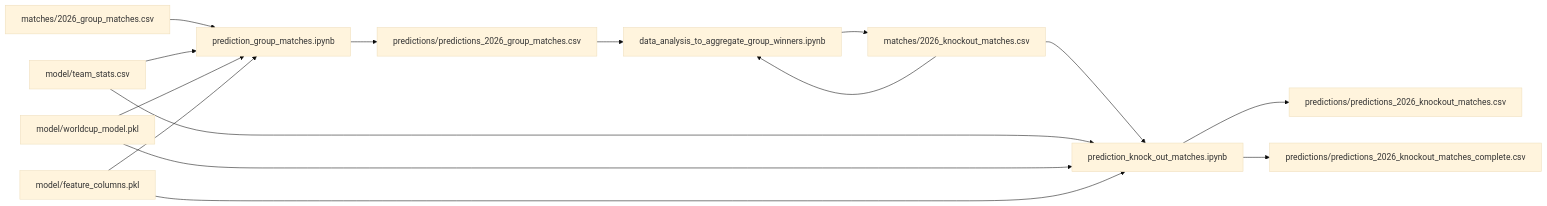
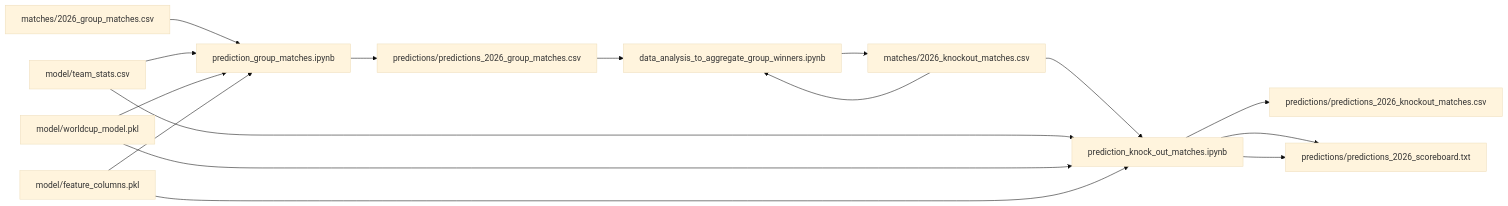
Before and after one commit to StephanieHhnbrg/worldcup_predictor: the sixth of 6 diagrams in README.md, drawn with Mermaid (base theme). The commit also changed other lines of this file and 2 other files, not shown here.

Commit message:
Outputs scoreboard as txt file since Github can not load notebook output

````diff
--- a/README.md
+++ b/README.md
@@ -181,19 +181,20 @@
 ```mermaid
 flowchart LR  
     A[matches/2026_group_matches.csv] --> E[prediction_group_matches.ipynb]
     B[model/team_stats.csv] --> E
     C[model/worldcup_model.pkl] --> E
     D[model/feature_columns.pkl] --> E
     E --> F[predictions/predictions_2026_group_matches.csv]
     
     F --> G[data_analysis_to_aggregate_group_winners.ipynb]
     H[matches/2026_knockout_matches.csv] --> G
     G --> H
     
     H --> I[prediction_knock_out_matches.ipynb]
     B --> I
     C --> I
     D --> I
     I --> J[predictions/predictions_2026_knockout_matches.csv]
     I --> K[predictions/predictions_2026_knockout_matches_complete.csv]
+    I --> K[predictions/predictions_2026_scoreboard.txt]
 ```
````
